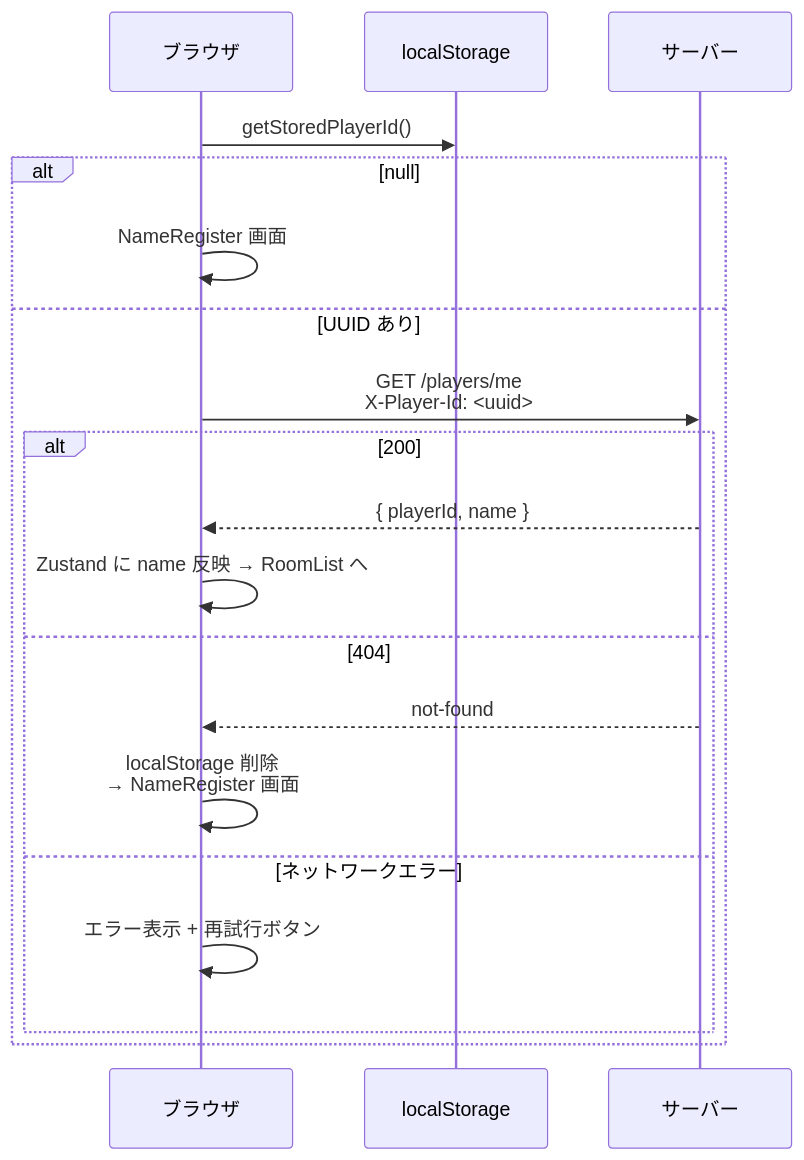
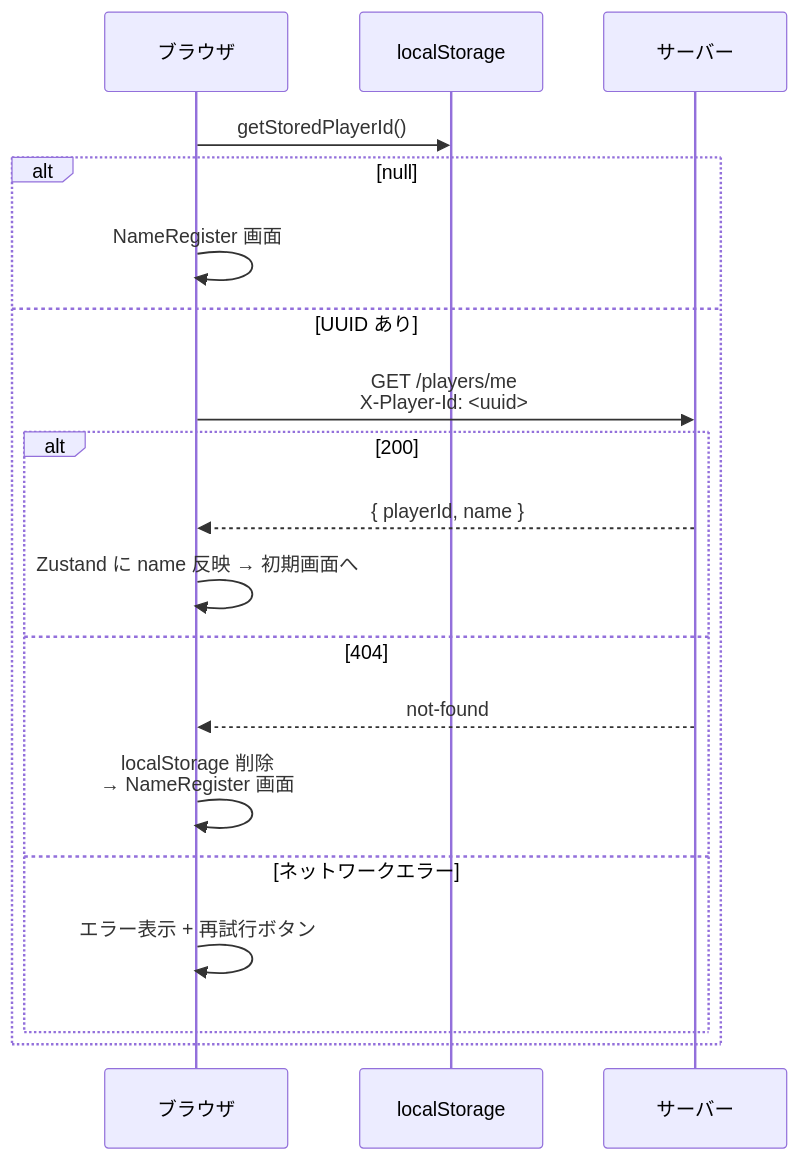
One commit to calm1205/bluff-auction changed the third of 4 diagrams in docs/design/06_authentication.md. Above: the diagram before and after it, drawn with Mermaid.

Commit message:
chore: auto-commit by Claude Code

````diff
--- a/docs/design/06_authentication.md
+++ b/docs/design/06_authentication.md
@@ -121,22 +121,22 @@
 ```mermaid
 sequenceDiagram
     participant B as ブラウザ
     participant LS as localStorage
     participant S as サーバー
 
     B->>LS: getStoredPlayerId()
     alt null
         B->>B: NameRegister 画面
     else UUID あり
         B->>S: GET /players/me<br/>X-Player-Id: <uuid>
         alt 200
             S-->>B: { playerId, name }
-            B->>B: Zustand に name 反映 → RoomList へ
+            B->>B: Zustand に name 反映 → 初期画面へ
         else 404
             S-->>B: not-found
             B->>B: localStorage 削除<br/>→ NameRegister 画面
         else ネットワークエラー
             B->>B: エラー表示 + 再試行ボタン
         end
     end
 ```
````
